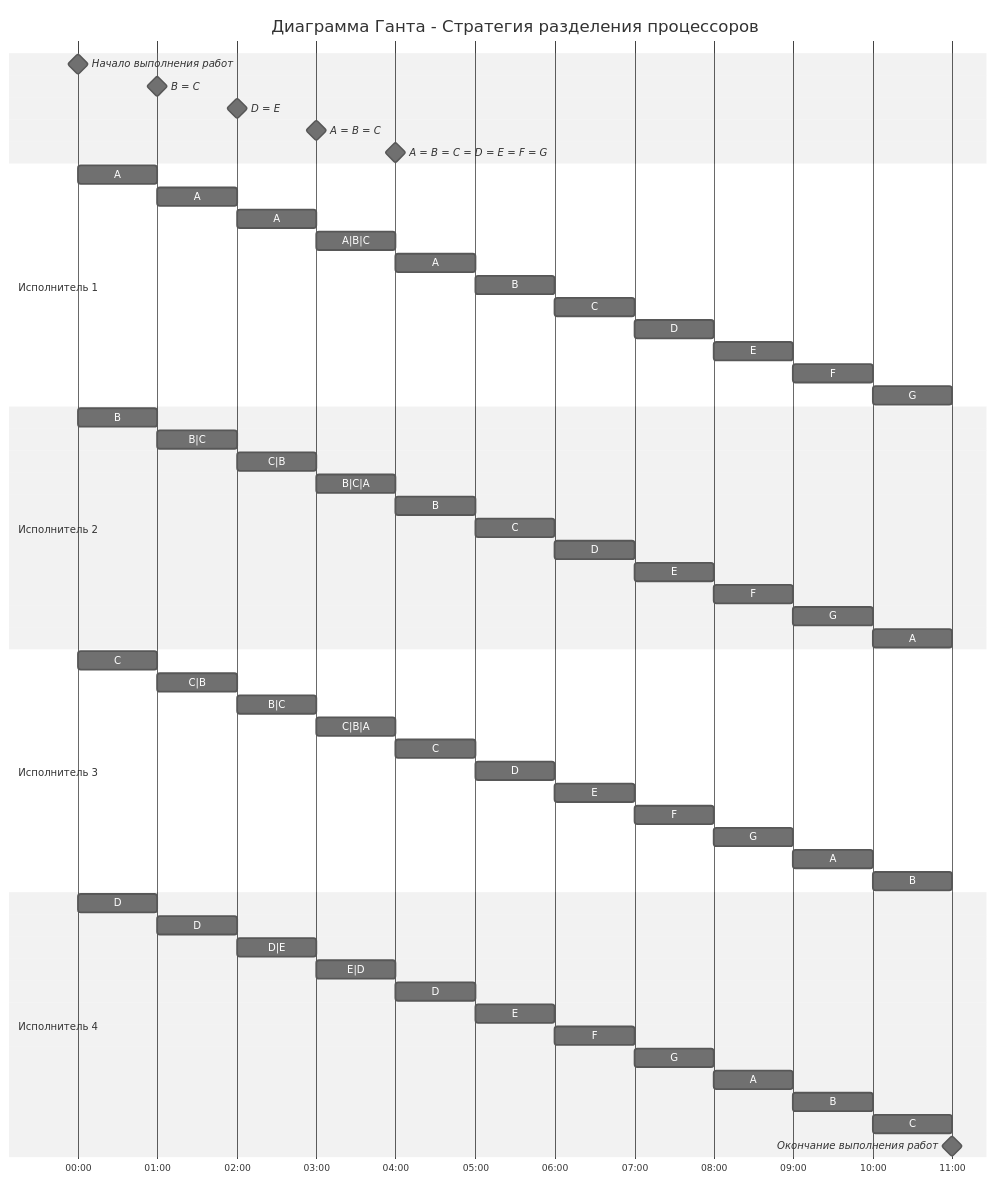
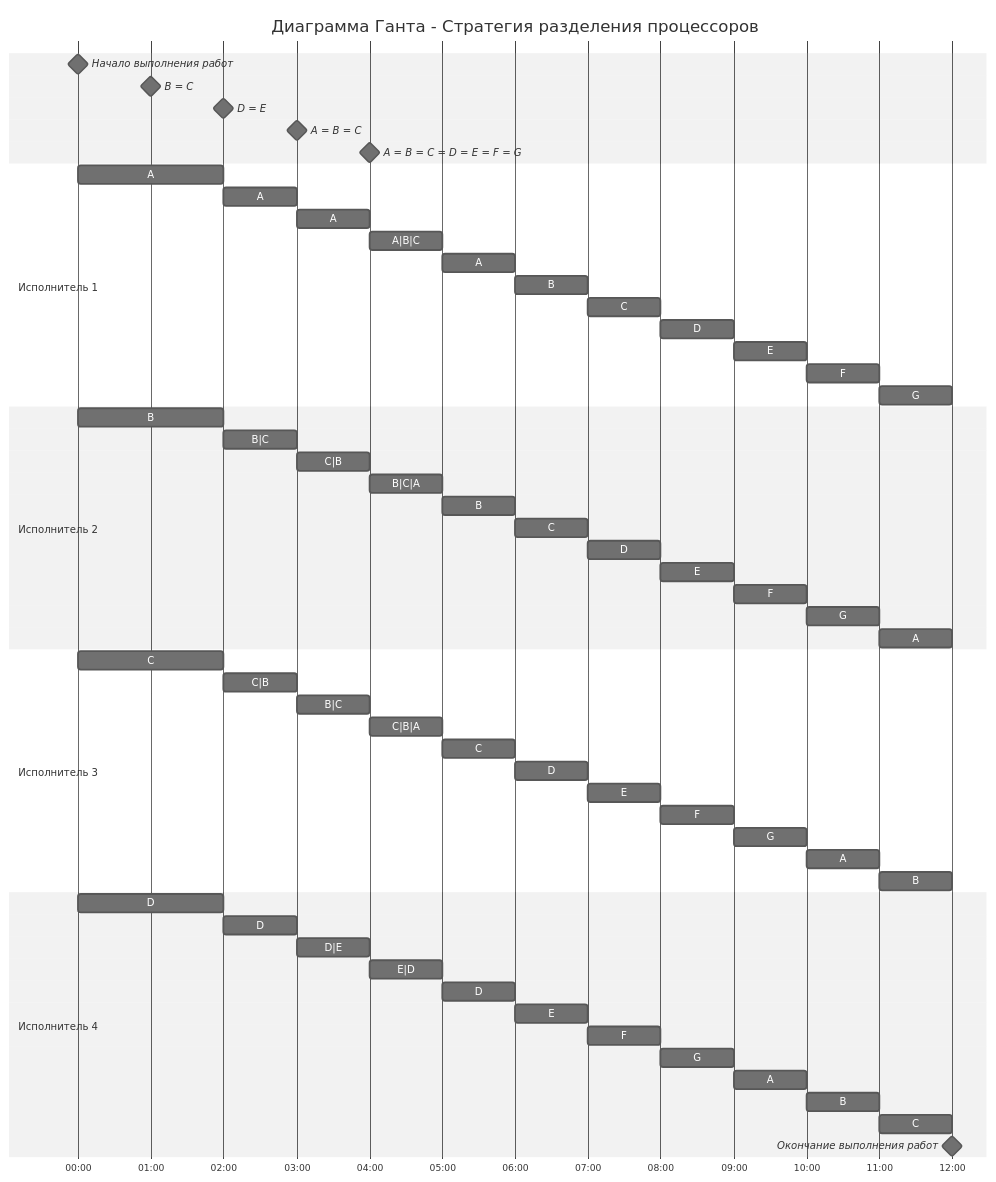
One commit to hse-algo-24-owl/manual-tasks-owl changed the diagram in task-6/mikhailkrug.md. Above: the diagram before and after it, drawn with Mermaid (neutral theme). The commit also changed other lines of this file, not shown here.

````diff
--- a/task-6/mikhailkrug.md
+++ b/task-6/mikhailkrug.md
@@ -229,60 +229,60 @@
 ```mermaid
 gantt
     title Диаграмма Ганта - Стратегия разделения процессоров
     dateFormat DD HH:mm    
     axisFormat %H:%M
     Начало выполнения работ : milestone, m1, 01 00:00, 0h
     B = C : milestone, m1, 01 01:00, 0h
     D = E : milestone, m1, 01 02:00, 0h
     A = B = C : milestone, m1, 01 03:00, 0h
     A = B = C = D = E = F = G: milestone, m1, 01 04:00, 0h
     section Исполнитель 1
-    A         :a1, 01 00:00, 1h
+    A         :a1, 01 00:00, 2h
     A         :a2, after a1, 1h
     A         :a3, after a2, 1h
     A|B|C     :a4, after a3, 1h
     A         :a5, after a4, 1h
     B         :a6, after a5, 1h
     C         :a7, after a6, 1h
     D         :a8, after a7, 1h
     E         :a9, after a8, 1h
     F         :a10, after a9, 1h
     G         :a11, after a10, 1h
     section Исполнитель 2
-    B         :b1, 01 00:00, 1h
+    B         :b1, 01 00:00, 2h
     B|C       :b2, after b1, 1h
     C|B       :b3, after b2, 1h
     B|C|A     :b4, after b3, 1h
     B         :b5, after b4, 1h
     C         :b6, after b5, 1h
     D         :b7, after b6, 1h
     E         :b8, after b7, 1h
     F         :b9, after b8, 1h
     G         :b10, after b9, 1h
     A         :b11, after b10, 1h
     section Исполнитель 3
-    C         :a1, 01 00:00, 1h
+    C         :a1, 01 00:00, 2h
     C|B         :a2, after a1, 1h
     B|C         :a3, after a2, 1h
     C|B|A         :a4, after a3, 1h
     C         :a5, after a4, 1h
     D         :a6, after a5, 1h
     E         :a7, after a6, 1h
     F         :a8, after a7, 1h
     G         :a9, after a8, 1h
     A         :a10, after a9, 1h
     B         :a11, after a10, 1h
     section Исполнитель 4
-    D         :b1, 01 00:00, 1h
+    D         :b1, 01 00:00, 2h
     D         :b2, after b1, 1h
     D|E         :b3, after b2, 1h
     E|D         :b4, after b3, 1h
     D         :b5, after b4, 1h
     E         :b6, after b5, 1h
     F         :b7, after b6, 1h
     G         :b8, after b7, 1h
     A         :b9, after b8, 1h
     B         :b10, after b9, 1h
     C         :b11, after b10, 1h
-    Окончание выполнения работ : milestone, m2, 01 11:00, 0h
+    Окончание выполнения работ : milestone, m2, 01 12:00, 0h
 ```
````
